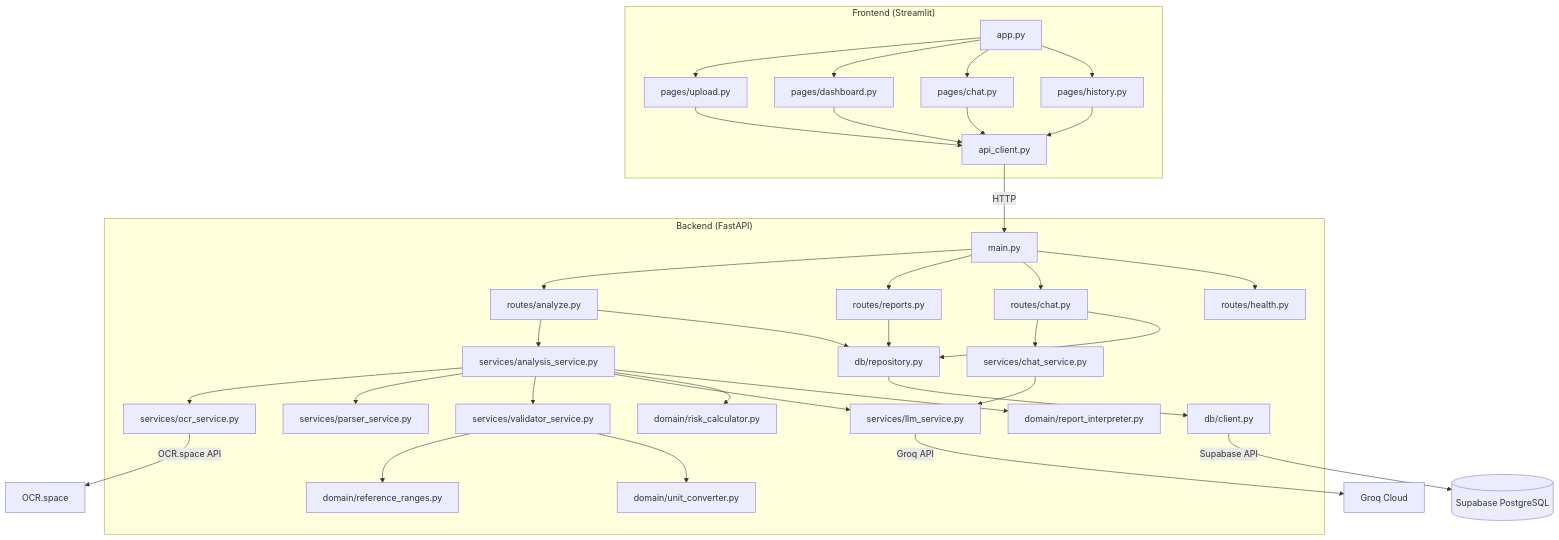
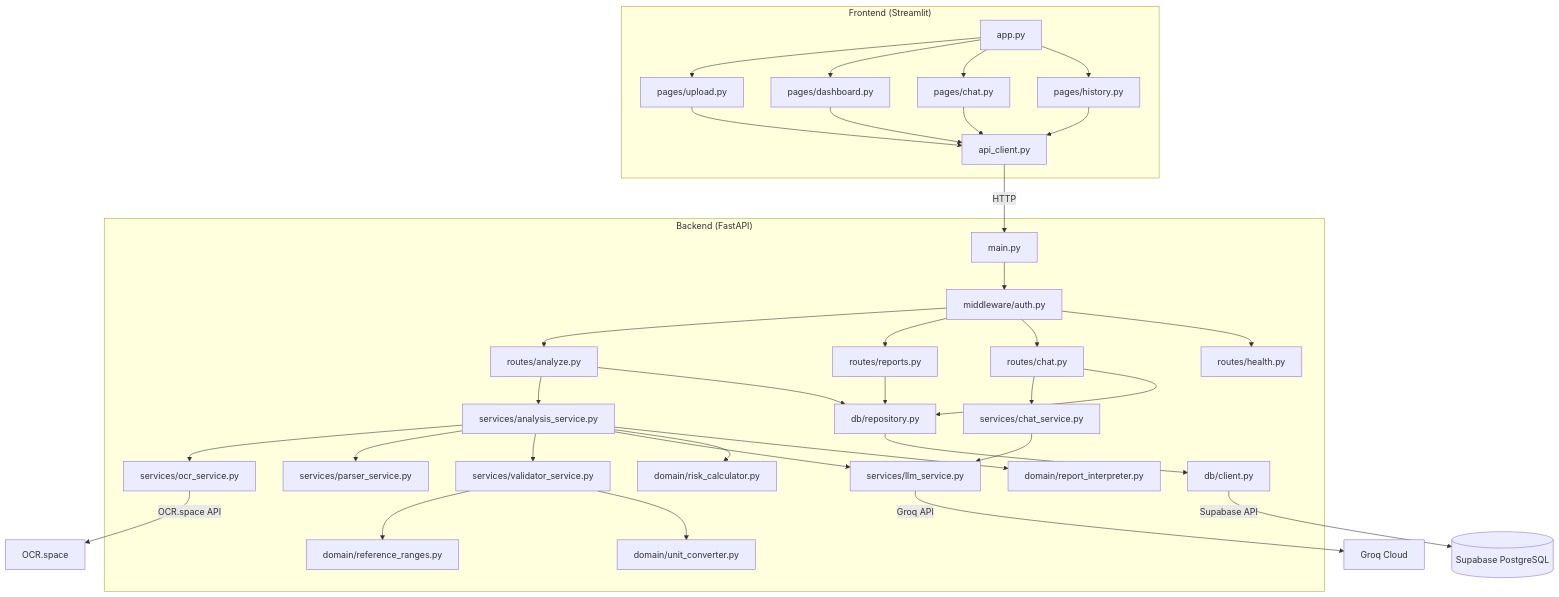
Before and after one commit to samuveljohnson1416/Multi-Model-Ai-Agent-For-Automated-Health-Diagnostics: the diagram in docs/ARCHITECTURE.md, drawn with Mermaid. The commit also changed other lines of this file and 9 other files, not shown here.

````diff
--- a/docs/ARCHITECTURE.md
+++ b/docs/ARCHITECTURE.md
@@ -5,40 +5,41 @@
 ```mermaid
 graph TB
     subgraph "Frontend (Streamlit)"
         A[app.py] --> B[pages/upload.py]
         A --> C[pages/dashboard.py]
         A --> D[pages/chat.py]
         A --> E[pages/history.py]
         B & C & D & E --> F[api_client.py]
     end
 
     F -->|HTTP| G
 
     subgraph "Backend (FastAPI)"
-        G[main.py] --> H[routes/analyze.py]
-        G --> I[routes/reports.py]
-        G --> J[routes/chat.py]
-        G --> K[routes/health.py]
+        G[main.py] --> MW[middleware/auth.py]
+        MW --> H[routes/analyze.py]
+        MW --> I[routes/reports.py]
+        MW --> J[routes/chat.py]
+        MW --> K[routes/health.py]
 
         H --> L[services/analysis_service.py]
         J --> M[services/chat_service.py]
 
         L --> N[services/ocr_service.py]
         L --> O[services/parser_service.py]
         L --> P[services/validator_service.py]
         L --> Q[services/llm_service.py]
         M --> Q
 
         P --> R[domain/reference_ranges.py]
         P --> S[domain/unit_converter.py]
         L --> T[domain/risk_calculator.py]
         L --> U[domain/report_interpreter.py]
 
         H & I & J --> V[db/repository.py]
         V --> W[db/client.py]
     end
 
     W -->|Supabase API| X[(Supabase PostgreSQL)]
     Q -->|Groq API| Y[Groq Cloud]
     N -->|OCR.space API| Z[OCR.space]
 ```
````
